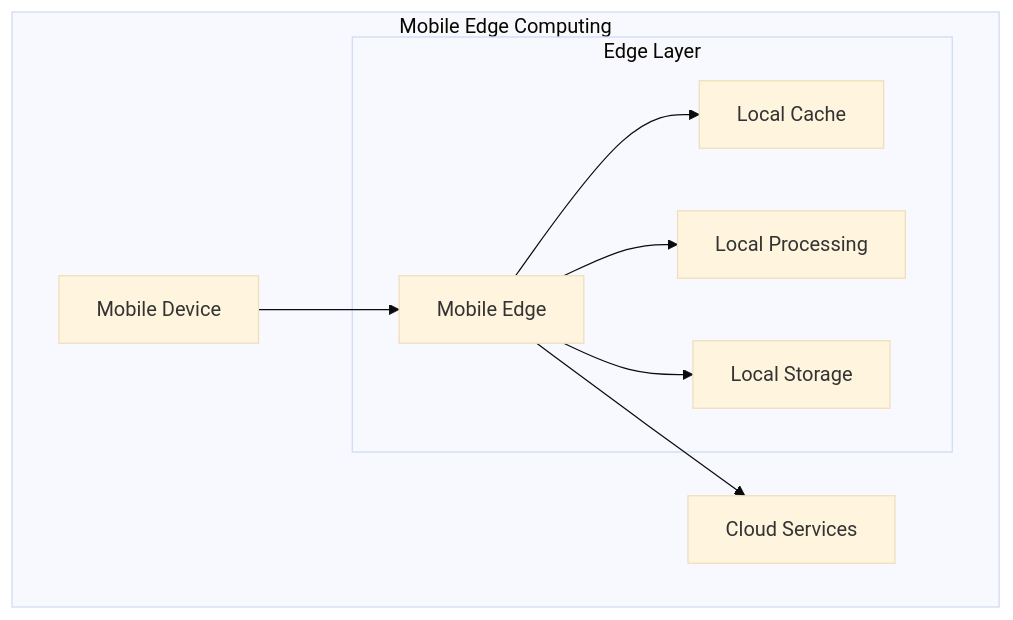
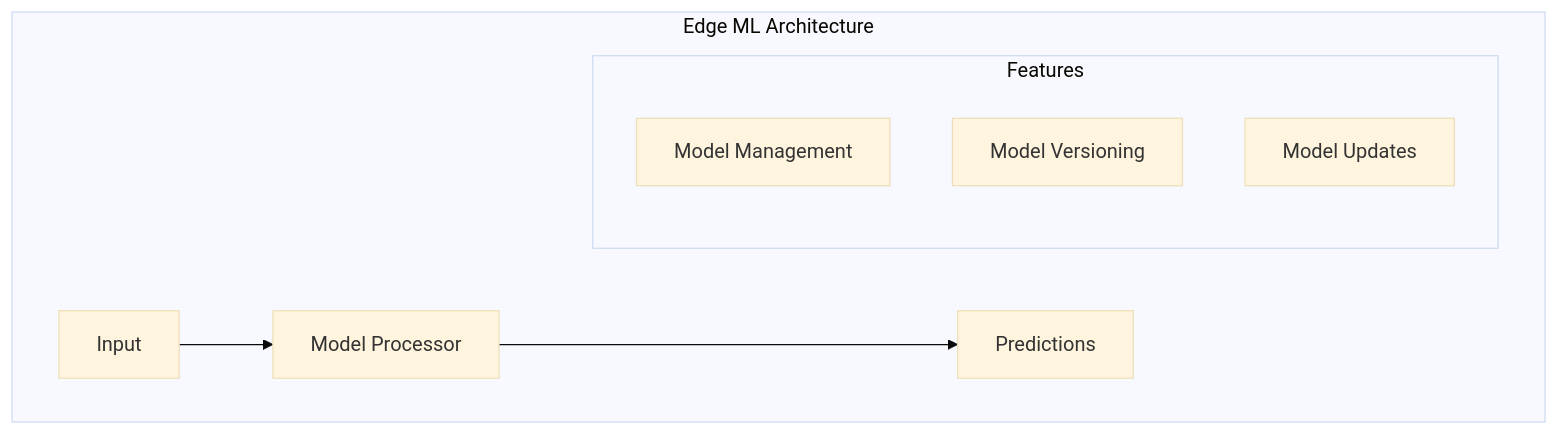
The fourth of 4 diagrams in src/Edge_Computing_Architectures.md (saravanakumarrc/Architecture_Journey), drawn with Mermaid (base theme) before and after one commit. The commit also changed other lines of this file and 3 other files, not shown here.

````diff
--- a/src/Edge_Computing_Architectures.md
+++ b/src/Edge_Computing_Architectures.md
@@ -197,14 +213,13 @@
 ```mermaid
 graph TB
-    subgraph "Mobile Edge Computing"
-        MD[Mobile Device] --> ME[Mobile Edge]
+    subgraph "Edge ML Architecture"
+        I[Input] --> MP[Model Processor]
+        MP --> P[Predictions]
         
-        subgraph "Edge Layer"
-            ME --> LC[Local Cache]
-            ME --> LP[Local Processing]
-            ME --> LS[Local Storage]
+        subgraph "Features"
+            MM[Model Management]
+            MV[Model Versioning]
+            MU[Model Updates]
         end
-        
-        ME --> C[Cloud Services]
     end
 ```
````
